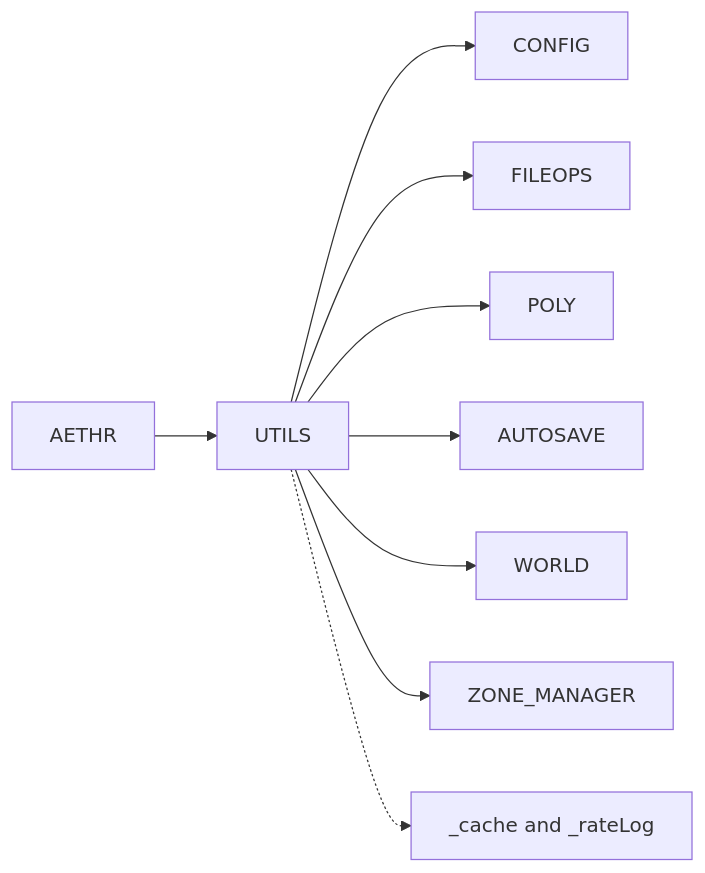
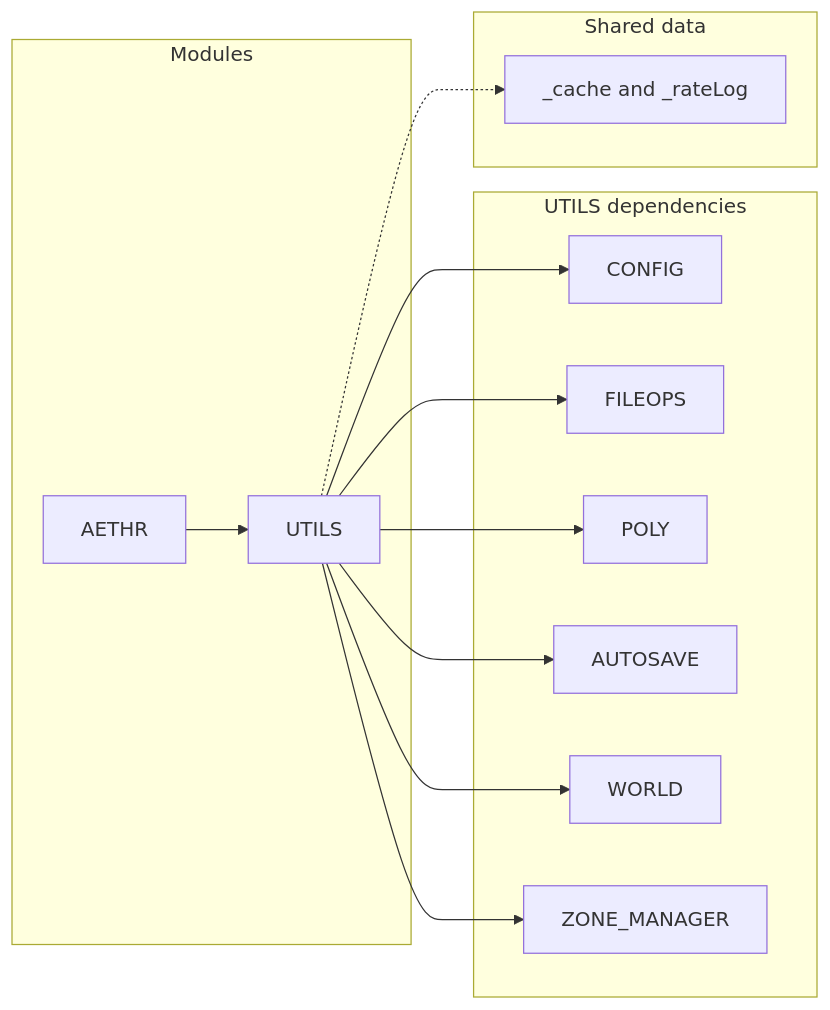
Before and after one commit to Gh0st352/AETHR: the first of 2 diagrams in docs/utils/overview_and_constructor.md, drawn with Mermaid. The commit also changed other lines of this file and 7 other files, not shown here.

First line of the commit message:
docs(utils, mermaid): normalize diagrams, restructure subgraphs and standardize classes

````diff
--- a/docs/utils/overview_and_constructor.md
+++ b/docs/utils/overview_and_constructor.md
@@ -13,11 +13,35 @@
 ```mermaid
+%% shared theme: docs/_mermaid/theme.json %%
 flowchart LR
+
+subgraph "Modules"
   A[AETHR] --> U[UTILS]
-  U --> C[CONFIG]
-  U --> FO[FILEOPS]
-  U --> P[POLY]
-  U --> AS[AUTOSAVE]
-  U --> W[WORLD]
-  U --> ZM[ZONE_MANAGER]
-  U -.-> DATA[_cache and _rateLog]
+end
+
+subgraph "UTILS dependencies"
+  C[CONFIG]
+  FO[FILEOPS]
+  P[POLY]
+  AS[AUTOSAVE]
+  W[WORLD]
+  ZM[ZONE_MANAGER]
+end
+
+U --> C
+U --> FO
+U --> P
+U --> AS
+U --> W
+U --> ZM
+
+subgraph "Shared data"
+  DATA[_cache and _rateLog]
+end
+
+U -.-> DATA
+
+class A class_data;
+class U class_compute;
+class C,FO,P,AS,W,ZM class_data;
+class DATA class_data;
 ```
````
